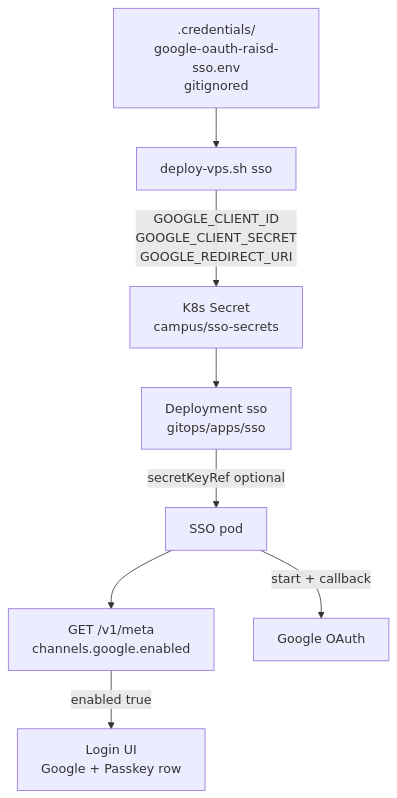
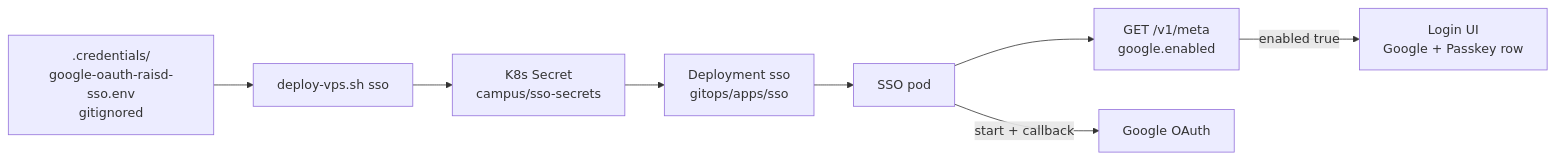
Before and after one commit to raisd-campus/portal-api-docs: the diagram in diagrams/sso/mermaid/04-secrets-and-enable.mmd, drawn with Mermaid. The commit also changed 7 other files, not shown here.

Commit message:
Mirror left-to-right SSO architecture flowcharts.

```diff
--- a/diagrams/sso/mermaid/04-secrets-and-enable.mmd
+++ b/diagrams/sso/mermaid/04-secrets-and-enable.mmd
@@ -1,16 +1,9 @@
-flowchart TB
+flowchart LR
   CRED[".credentials/<br/>google-oauth-raisd-sso.env<br/>gitignored"]
-  DEPLOY["deploy-vps.sh sso"]
-  SECRET["K8s Secret<br/>campus/sso-secrets"]
-  DEP["Deployment sso<br/>gitops/apps/sso"]
-  POD["SSO pod"]
-  META["GET /v1/meta<br/>channels.google.enabled"]
-  UI["Login UI<br/>Google + Passkey row"]
-
-  CRED --> DEPLOY
-  DEPLOY -->|"GOOGLE_CLIENT_ID<br/>GOOGLE_CLIENT_SECRET<br/>GOOGLE_REDIRECT_URI"| SECRET
-  SECRET --> DEP
-  DEP -->|"secretKeyRef optional"| POD
-  POD --> META
-  META -->|"enabled true"| UI
+  --> DEPLOY["deploy-vps.sh sso"]
+  --> SECRET["K8s Secret<br/>campus/sso-secrets"]
+  --> DEP["Deployment sso<br/>gitops/apps/sso"]
+  --> POD["SSO pod"]
+  POD --> META["GET /v1/meta<br/>google.enabled"]
+  META -->|"enabled true"| UI["Login UI<br/>Google + Passkey row"]
   POD -->|"start + callback"| GOOGLE[Google OAuth]
```
